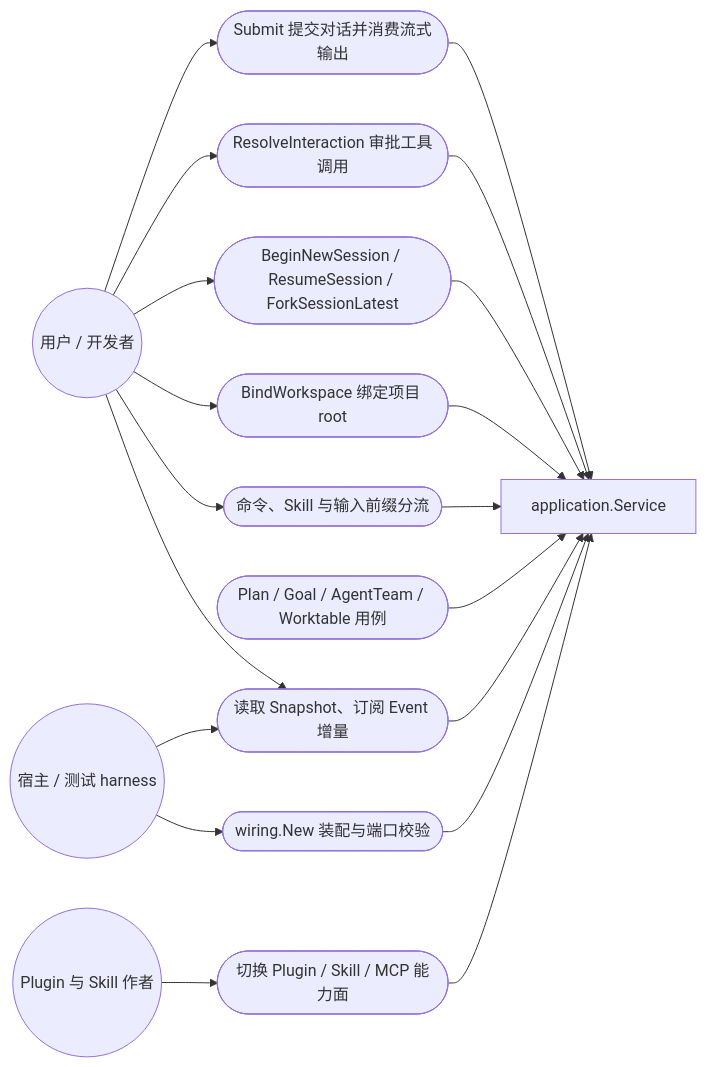
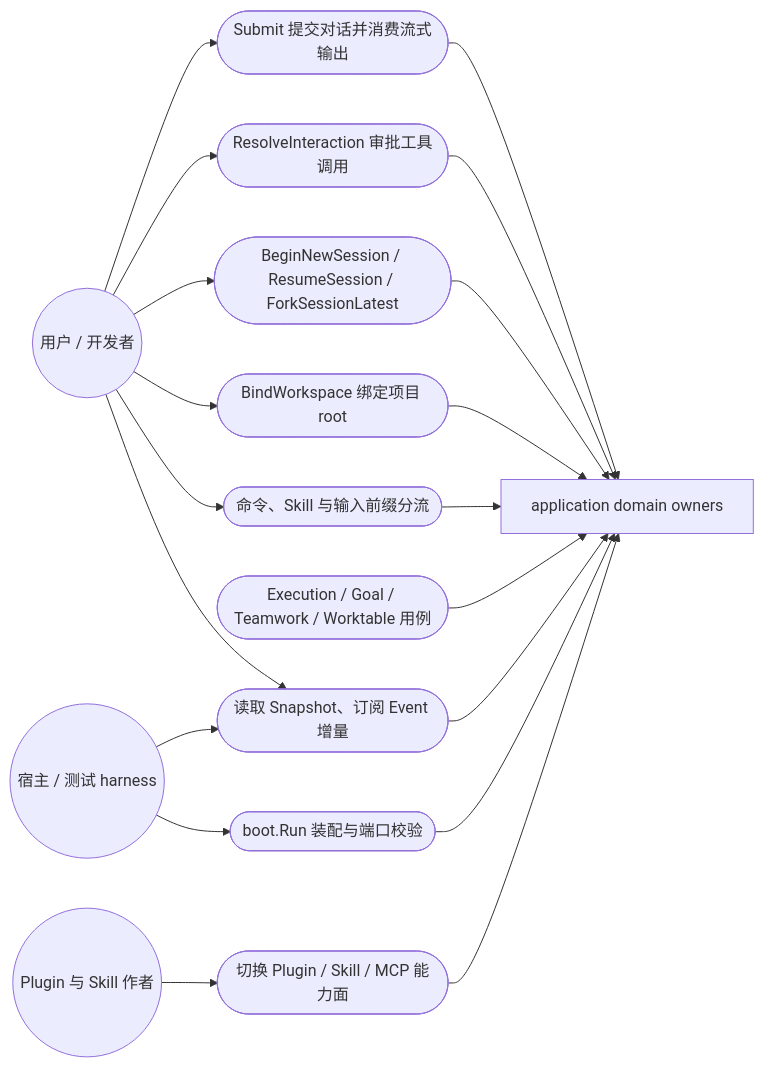
The second of 5 diagrams in application/README.md (RedHuang-0622/seelex), drawn with Mermaid before and after one commit. The commit also changed other lines of this file and 183 other files, not shown here.

Commit message:
docs: refresh package READMEs and service plan

````diff
--- a/application/README.md
+++ b/application/README.md
@@ -807,37 +818,37 @@
 ```mermaid
 flowchart LR
     DEV(("用户 / 开发者"))
     HOST(("宿主 / 测试 harness"))
     EXT(("Plugin 与 Skill 作者"))
 
     UC1(["Submit 提交对话并消费流式输出"])
     UC2(["ResolveInteraction 审批工具调用"])
     UC3(["BeginNewSession / ResumeSession / ForkSessionLatest"])
     UC4(["BindWorkspace 绑定项目 root"])
     UC5(["命令、Skill 与输入前缀分流"])
-    UC6(["Plan / Goal / AgentTeam / Worktable 用例"])
+    UC6(["Execution / Goal / Teamwork / Worktable 用例"])
     UC7(["读取 Snapshot、订阅 Event 增量"])
-    UC8(["wiring.New 装配与端口校验"])
+    UC8(["boot.Run 装配与端口校验"])
     UC9(["切换 Plugin / Skill / MCP 能力面"])
 
-    SYS["application.Service"]
+    SYS["application domain owners"]
 
     DEV --> UC1
     DEV --> UC2
     DEV --> UC3
     DEV --> UC4
     DEV --> UC5
     DEV --> UC7
     HOST --> UC7
     HOST --> UC8
     EXT --> UC9
     UC1 --> SYS
     UC2 --> SYS
     UC3 --> SYS
     UC4 --> SYS
     UC5 --> SYS
     UC6 --> SYS
     UC7 --> SYS
     UC8 --> SYS
     UC9 --> SYS
 ```
````
